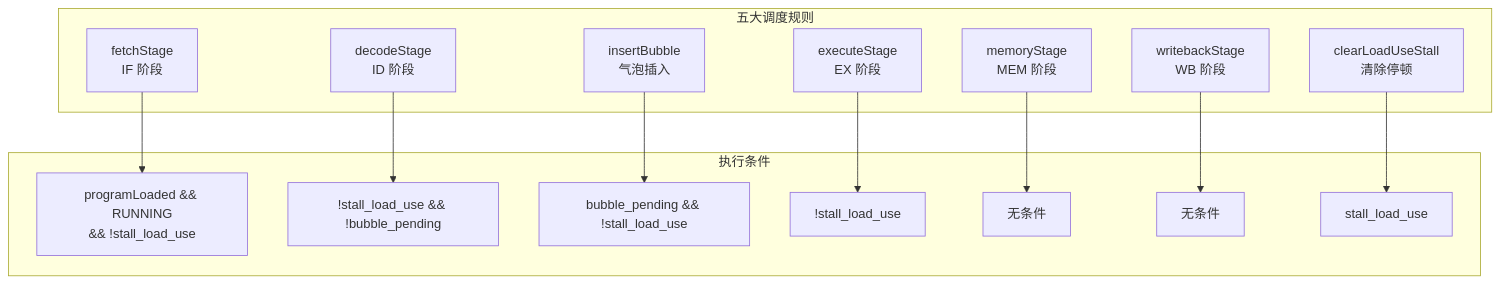
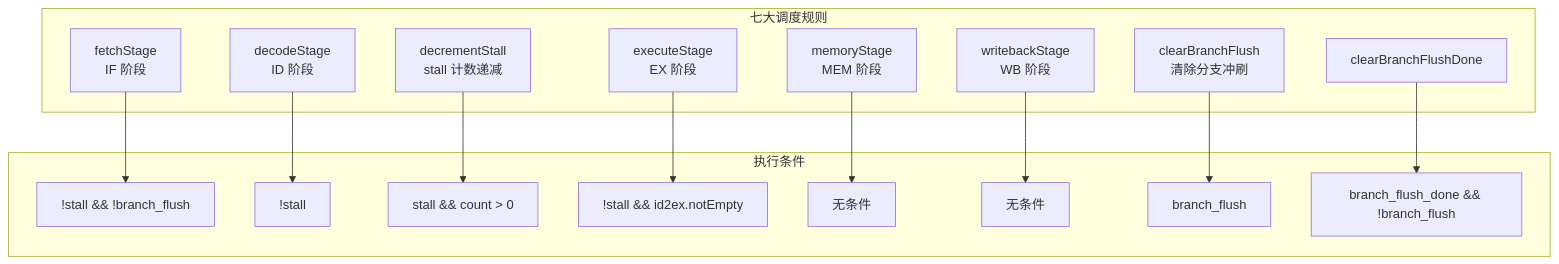
Before and after one commit to daivy2333/riscv-bsv-processor: the first of 8 diagrams in docs/pipeline-scheduling.md, drawn with Mermaid. The commit also changed other lines of this file and 6 other files, not shown here.

````diff
--- a/docs/pipeline-scheduling.md
+++ b/docs/pipeline-scheduling.md
@@ -7,30 +7,33 @@
 ```mermaid
 flowchart TB
-    subgraph Rules["五大调度规则"]
+    subgraph Rules["七大调度规则"]
         R1["fetchStage<br/>IF 阶段"]
         R2["decodeStage<br/>ID 阶段"]
-        R3["insertBubble<br/>气泡插入"]
+        R3["decrementStall<br/>stall 计数递减"]
         R4["executeStage<br/>EX 阶段"]
         R5["memoryStage<br/>MEM 阶段"]
         R6["writebackStage<br/>WB 阶段"]
-        R7["clearLoadUseStall<br/>清除停顿"]
+        R7["clearBranchFlush<br/>清除分支冲刷"]
+        R8["clearBranchFlushDone"]
     end
 
     subgraph Conditions["执行条件"]
-        C1["programLoaded && RUNNING<br/>&& !stall_load_use"]
-        C2["!stall_load_use && !bubble_pending"]
-        C3["bubble_pending && !stall_load_use"]
-        C4["!stall_load_use"]
+        C1["!stall && !branch_flush"]
+        C2["!stall"]
+        C3["stall && count > 0"]
+        C4["!stall && id2ex.notEmpty"]
         C5["无条件"]
         C6["无条件"]
-        C7["stall_load_use"]
+        C7["branch_flush"]
+        C8["branch_flush_done && !branch_flush"]
     end
 
     R1 --> C1
     R2 --> C2
     R3 --> C3
     R4 --> C4
     R5 --> C5
     R6 --> C6
     R7 --> C7
+    R8 --> C8
 ```
````
